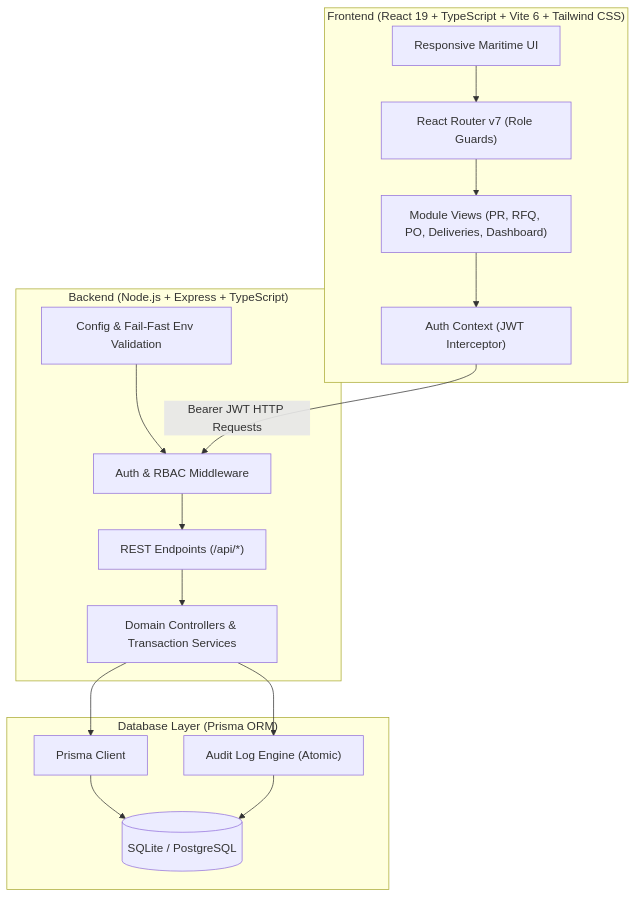
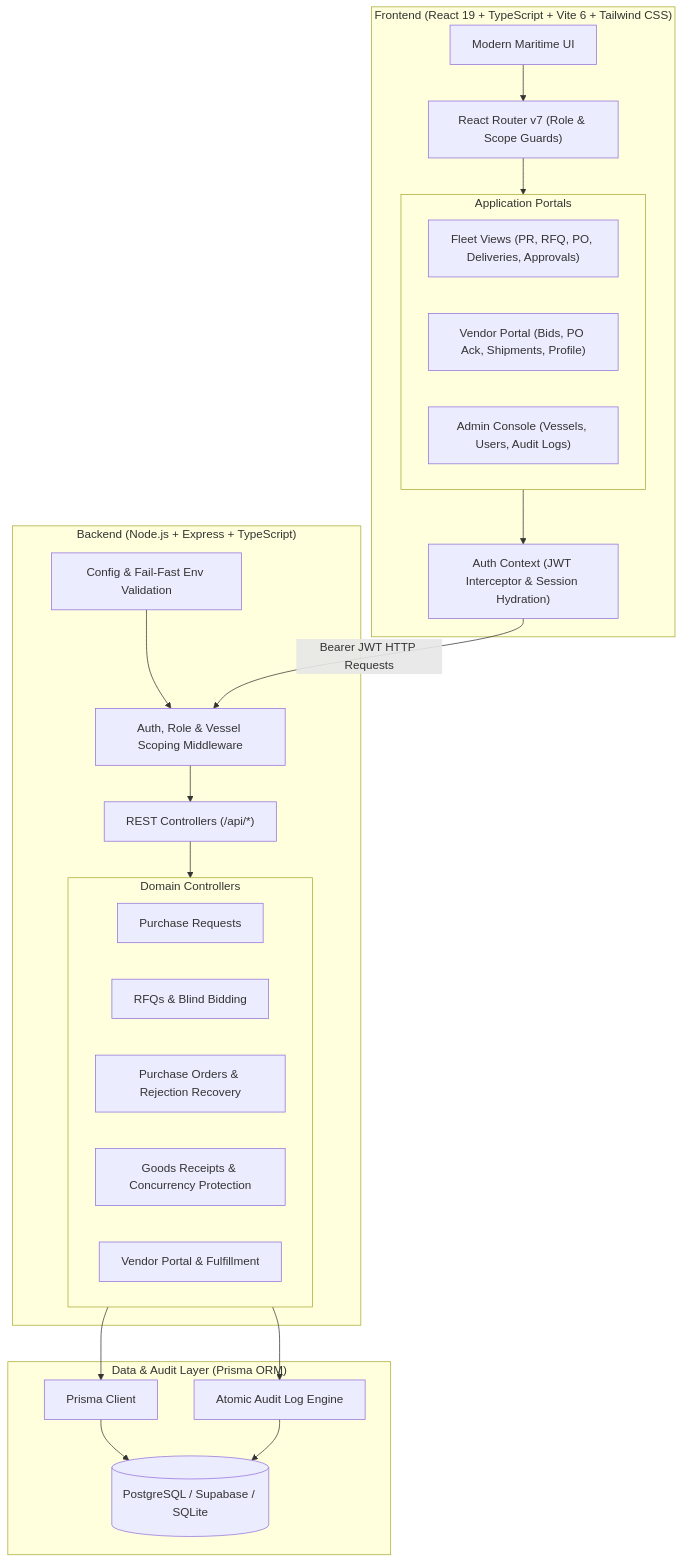
The second of 3 diagrams in README.md (Rajan14-11/maritime-procurement-system), drawn with Mermaid before and after one commit. The commit also changed other lines of this file, not shown here.

First line of the commit message:
docs: update README with vendor portal, PO rejection lifecycle, diagrams, and 79-test suite

````diff
--- a/README.md
+++ b/README.md
@@ -95,31 +160,41 @@
 ```mermaid
 flowchart TD
     subgraph Client["Frontend (React 19 + TypeScript + Vite 6 + Tailwind CSS)"]
-        UI["Responsive Maritime UI"]
-        Router["React Router v7 (Role Guards)"]
-        AuthCtx["Auth Context (JWT Interceptor)"]
-        Pages["Module Views (PR, RFQ, PO, Deliveries, Dashboard)"]
-        UI --> Router --> Pages
-        Pages --> AuthCtx
+        UI["Modern Maritime UI"]
+        Router["React Router v7 (Role & Scope Guards)"]
+        AuthCtx["Auth Context (JWT Interceptor & Session Hydration)"]
+        subgraph Views["Application Portals"]
+            FleetViews["Fleet Views (PR, RFQ, PO, Deliveries, Approvals)"]
+            VendorViews["Vendor Portal (Bids, PO Ack, Shipments, Profile)"]
+            AdminViews["Admin Console (Vessels, Users, Audit Logs)"]
+        end
+        UI --> Router --> Views
+        Views --> AuthCtx
     end
 
     subgraph Server["Backend (Node.js + Express + TypeScript)"]
         Config["Config & Fail-Fast Env Validation"]
-        MW["Auth & RBAC Middleware"]
-        API["REST Endpoints (/api/*)"]
-        Services["Domain Controllers & Transaction Services"]
-        Config --> MW --> API --> Services
+        MW["Auth, Role & Vessel Scoping Middleware"]
+        API["REST Controllers (/api/*)"]
+        subgraph Domains["Domain Controllers"]
+            PR_C["Purchase Requests"]
+            RFQ_C["RFQs & Blind Bidding"]
+            PO_C["Purchase Orders & Rejection Recovery"]
+            GRN_C["Goods Receipts & Concurrency Protection"]
+            VP_C["Vendor Portal & Fulfillment"]
+        end
+        Config --> MW --> API --> Domains
     end
 
-    subgraph Storage["Database Layer (Prisma ORM)"]
+    subgraph Storage["Data & Audit Layer (Prisma ORM)"]
         Prisma["Prisma Client"]
-        Audit["Audit Log Engine (Atomic)"]
-        DB[(SQLite / PostgreSQL)]
-        Services --> Prisma
-        Services --> Audit
+        Audit["Atomic Audit Log Engine"]
+        DB[(PostgreSQL / Supabase / SQLite)]
+        Domains --> Prisma
+        Domains --> Audit
         Prisma --> DB
         Audit --> DB
     end
 
     AuthCtx -->|Bearer JWT HTTP Requests| MW
 ```
````
